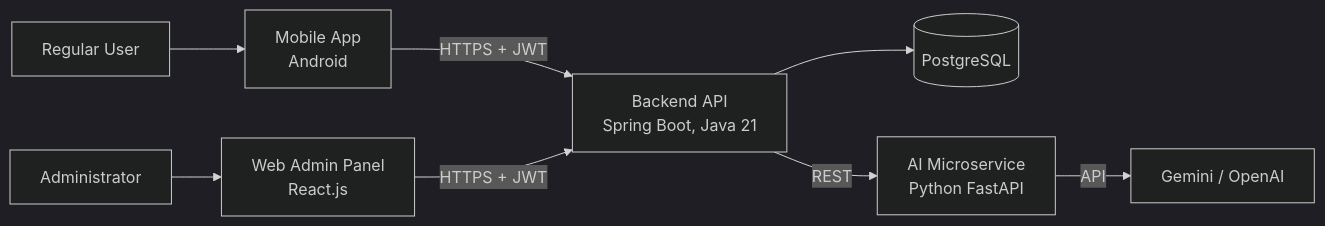
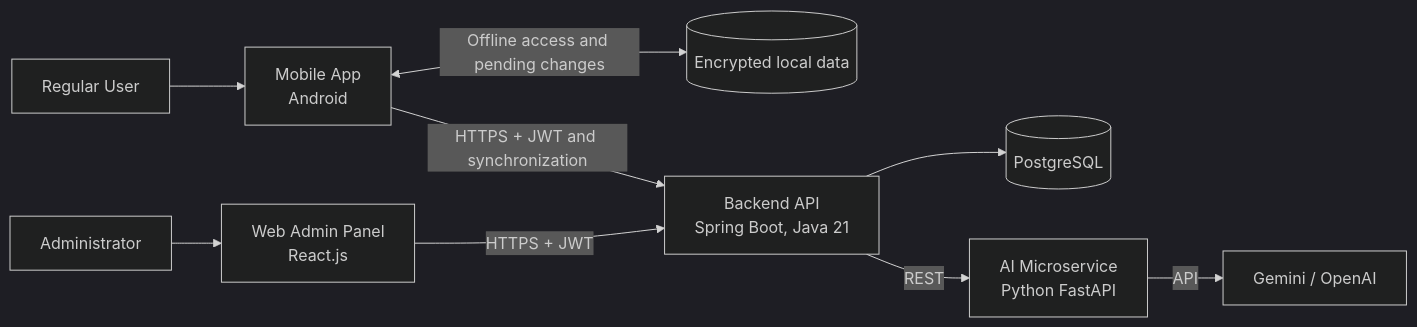
One commit to pdtLong2929/FinSync changed the first of 3 diagrams in PA/PA2/report.md. Above: the diagram before and after it, drawn with Mermaid (dark theme). The commit also changed other lines of this file and 1 other file, not shown here.

````diff
--- a/PA/PA2/report.md
+++ b/PA/PA2/report.md
@@ -389,10 +410,11 @@
 ```mermaid
 flowchart LR
     U[Regular User] --> M[Mobile App<br/>Android]
     A[Administrator] --> W[Web Admin Panel<br/>React.js]
-    M -->|HTTPS + JWT| B[Backend API<br/>Spring Boot, Java 21]
+    M <-->|Offline access and pending changes| L[(Encrypted local data)]
+    M -->|HTTPS + JWT and synchronization| B[Backend API<br/>Spring Boot, Java 21]
     W -->|HTTPS + JWT| B
     B --> D[(PostgreSQL)]
     B -->|REST| AI[AI Microservice<br/>Python FastAPI]
     AI -->|API| G[Gemini / OpenAI]
 ```
````
